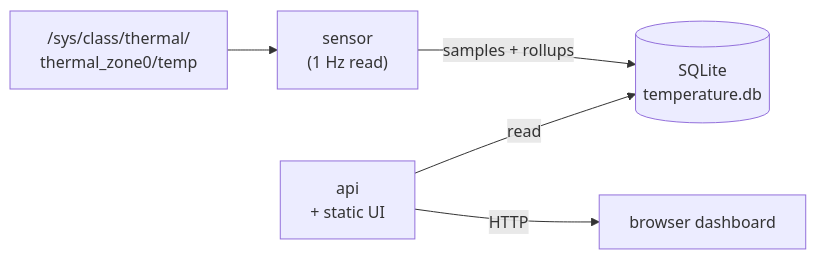
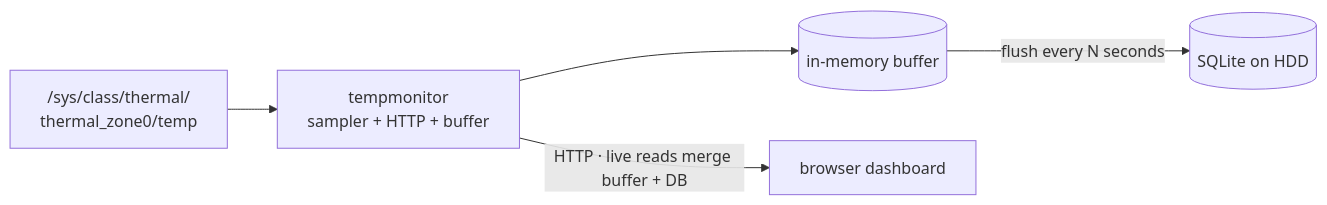
The diagram in README.md (zoltanvi/temperature-monitor), drawn with Mermaid before and after one commit. The commit also changed other lines of this file and 14 other files, not shown here.

Commit message:
implement in-memory buffer to minimize HDD writes

````diff
--- a/README.md
+++ b/README.md
@@ -28,13 +29,13 @@
 ```mermaid
 flowchart LR
   sysfs["/sys/class/thermal/<br/>thermal_zone0/temp"]
-  sensor["sensor<br/>(1 Hz read)"]
-  db[("SQLite<br/>temperature.db")]
-  api["api<br/>+ static UI"]
+  app["tempmonitor<br/>sampler + HTTP + buffer"]
+  mem[("in-memory buffer")]
+  db[("SQLite on HDD")]
   browser["browser dashboard"]
 
-  sysfs --> sensor
-  sensor -->|"samples + rollups"| db
-  api -->|"read"| db
-  api -->|"HTTP"| browser
+  sysfs --> app
+  app --> mem
+  mem -->|"flush every N seconds"| db
+  app -->|"HTTP · live reads merge buffer + DB"| browser
 ```
````
